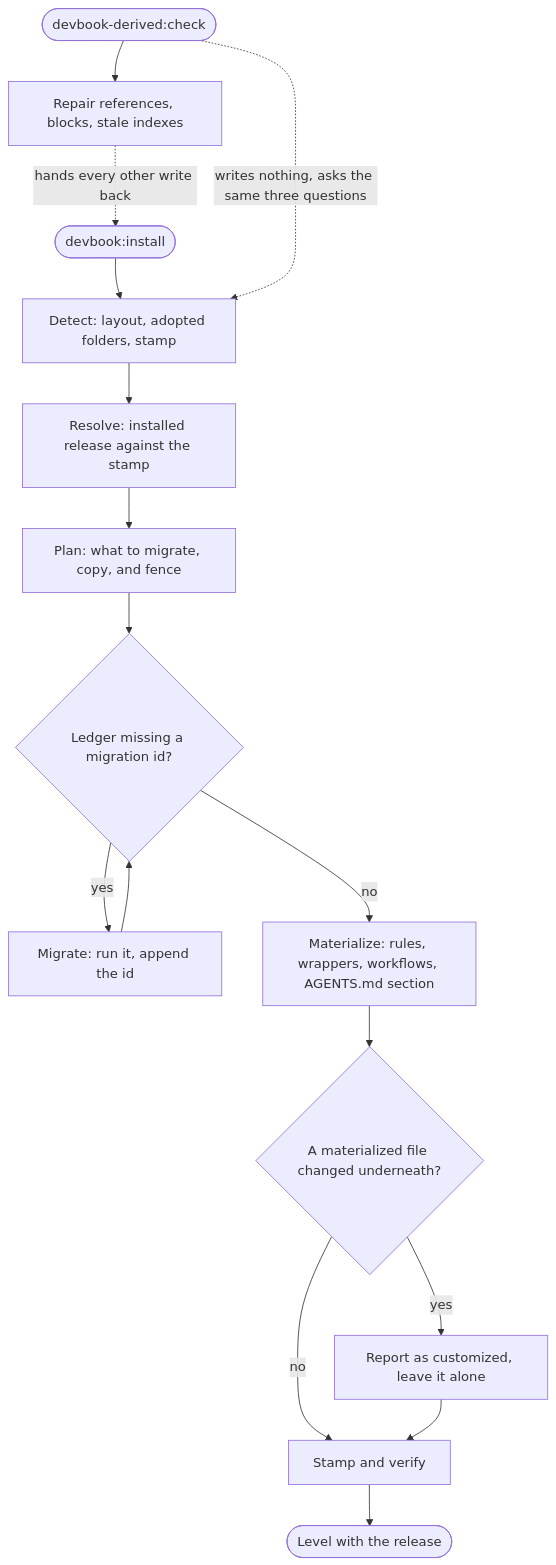
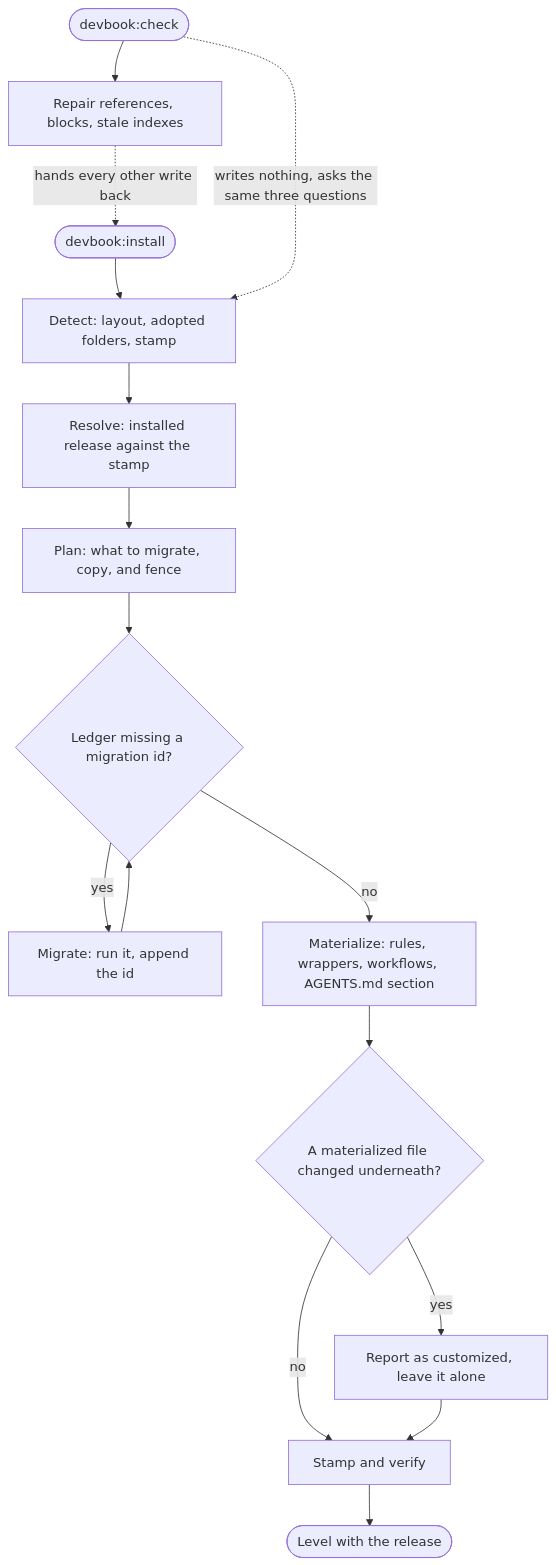
One commit to JSdotNet/devbook changed the first of 3 diagrams in .devbook/domain/devbook/flow.md. Above: the diagram before and after it, drawn with Mermaid. The commit also changed 100 other files, not shown here.

First line of the commit message:
The checker returns to devbook; devbook-derived is the committed index

````diff
--- a/.devbook/domain/devbook/flow.md
+++ b/.devbook/domain/devbook/flow.md
@@ -18,19 +18,19 @@
 ```mermaid
 flowchart TD
     start(["devbook:install"]) --> detect["Detect: layout, adopted folders, stamp"]
     detect --> resolve["Resolve: installed release against the stamp"]
     resolve --> plan["Plan: what to migrate, copy, and fence"]
     plan --> pending{"Ledger missing a migration id?"}
     pending -->|yes| migrate["Migrate: run it, append the id"]
     migrate --> pending
     pending -->|no| materialize["Materialize: rules, wrappers, workflows, AGENTS.md section"]
     materialize --> drift{"A materialized file changed underneath?"}
     drift -->|yes| report["Report as customized, leave it alone"]
     drift -->|no| stamp["Stamp and verify"]
     report --> stamp
     stamp --> done(["Level with the release"])
 
-    check(["devbook-derived:check"]) -.->|"writes nothing, asks the same three questions"| detect
+    check(["devbook:check"]) -.->|"writes nothing, asks the same three questions"| detect
     check --> repair["Repair references, blocks, stale indexes"]
     repair -.->|"hands every other write back"| start
 ```
````
